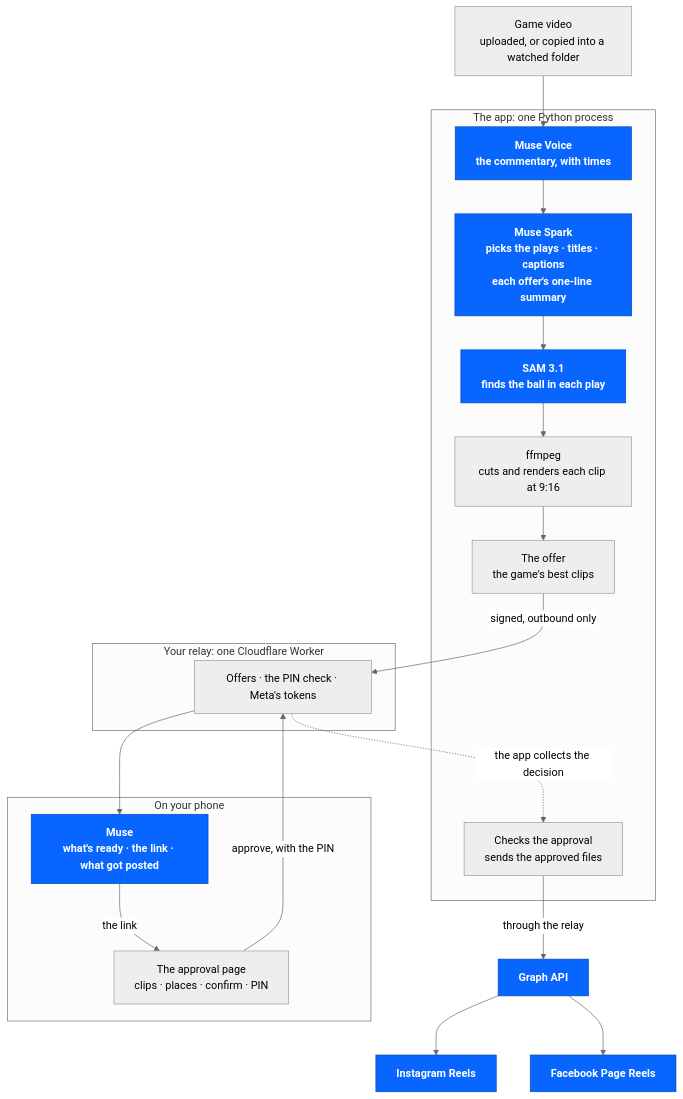
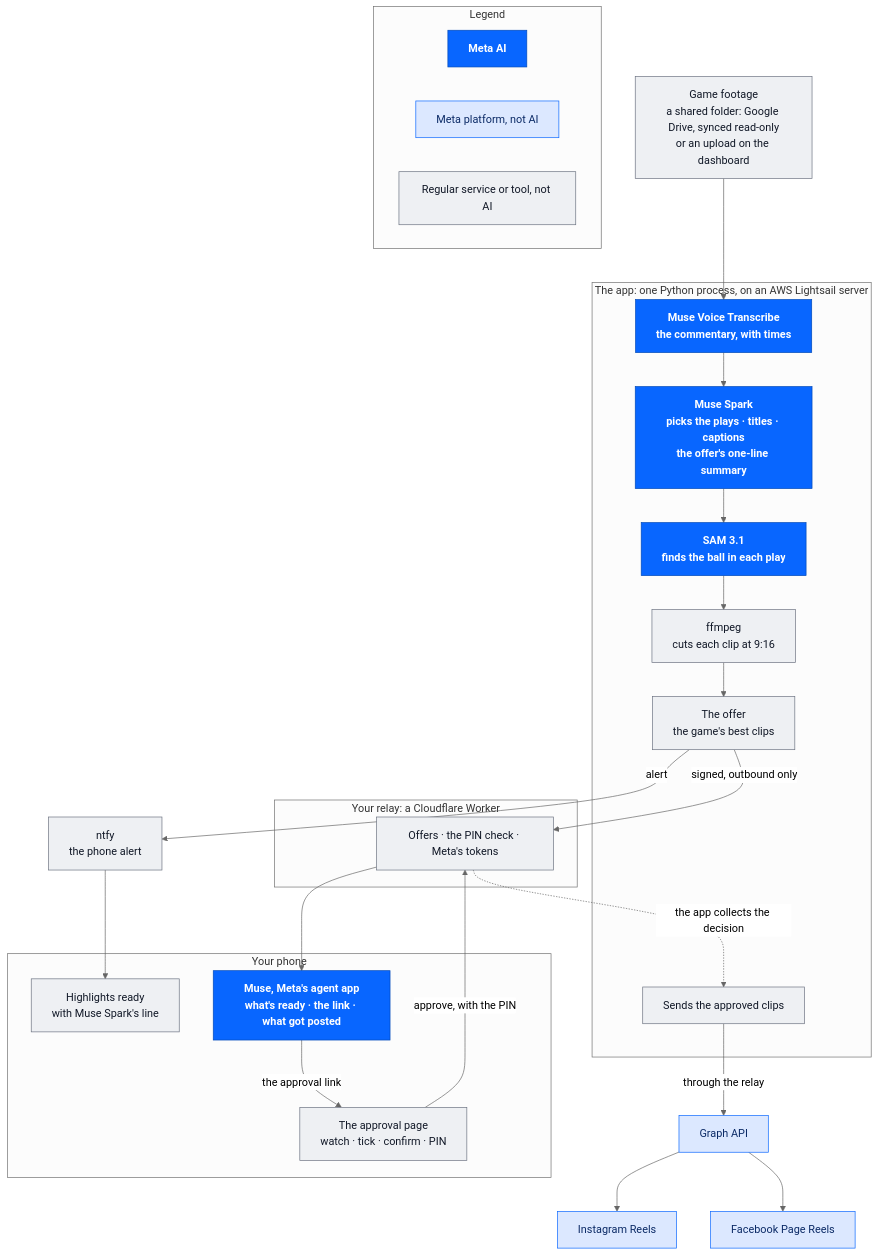
Before and after one commit to ColinGPT9/clips-kitty-gameday: the diagram in README.md, drawn with Mermaid (neutral theme). The commit also changed other lines of this file and 1 other file, not shown here.

First line of the commit message:
Make the README the submission page: the demo GIF, the story, the rubric, the new diagram

````diff
--- a/README.md
+++ b/README.md
@@ -65,33 +138,51 @@
 ```mermaid
 flowchart TD
-    F["Game video<br/>uploaded, or copied into a watched folder"]
-    subgraph APP["The app: one Python process"]
-        V["Muse Voice<br/>the commentary, with times"]
-        S["Muse Spark<br/>picks the plays · titles · captions<br/>each offer's one-line summary"]
-        M["SAM 3.1<br/>finds the ball in each play"]
-        R["ffmpeg<br/>cuts and renders each clip at 9:16"]
-        O["The offer<br/>the game's best clips"]
-        C["Checks the approval<br/>sends the approved files"]
+    subgraph LEGEND["Legend"]
+        direction LR
+        L1["Meta AI"]:::metaai
+        L2["Meta platform, not AI"]:::metaplat
+        L3["Regular service or tool, not AI"]:::regular
     end
-    subgraph RL["Your relay: one Cloudflare Worker"]
-        Q["Offers · the PIN check · Meta's tokens"]
+
+    IN["Game footage<br/>a shared folder: Google Drive, synced read-only<br/>or an upload on the dashboard"]:::regular
+
+    subgraph APP["The app: one Python process, on an AWS Lightsail server"]
+        V["Muse Voice Transcribe<br/>the commentary, with times"]:::metaai
+        S["Muse Spark<br/>picks the plays · titles · captions<br/>the offer's one-line summary"]:::metaai
+        M["SAM 3.1<br/>finds the ball in each play"]:::metaai
+        R["ffmpeg<br/>cuts each clip at 9:16"]:::regular
+        O["The offer<br/>the game's best clips"]:::regular
+        C["Sends the approved clips"]:::regular
     end
-    subgraph PH["On your phone"]
-        MU["Muse<br/>what's ready · the link · what got posted"]
-        AP["The approval page<br/>clips · places · confirm · PIN"]
+
+    N["ntfy<br/>the phone alert"]:::regular
+
+    subgraph RELAY["Your relay: a Cloudflare Worker"]
+        Q["Offers · the PIN check · Meta's tokens"]:::regular
     end
-    G["Graph API"]
-    IG["Instagram Reels"]
-    FB["Facebook Page Reels"]
-    F --> V --> S --> M --> R --> O
-    O -->|signed, outbound only| Q
+
+    subgraph PHONE["Your phone"]
+        AL["Highlights ready<br/>with Muse Spark's line"]:::regular
+        MU["Muse, Meta's agent app<br/>what's ready · the link · what got posted"]:::metaai
+        AP["The approval page<br/>watch · tick · confirm · PIN"]:::regular
+    end
+
+    G["Graph API"]:::metaplat
+    IG["Instagram Reels"]:::metaplat
+    FB["Facebook Page Reels"]:::metaplat
+
+    IN --> V --> S --> M --> R --> O
+    O -->|"alert"| N --> AL
+    O -->|"signed, outbound only"| Q
     Q --> MU
-    MU -->|the link| AP
-    AP -->|approve, with the PIN| Q
-    Q -.->|the app collects the decision| C
-    C -->|through the relay| G
+    MU -->|"the approval link"| AP
+    AP -->|"approve, with the PIN"| Q
+    Q -.->|"the app collects the decision"| C
+    C -->|"through the relay"| G
     G --> IG
     G --> FB
-    classDef meta fill:#0866FF,stroke:#0049B7,color:#ffffff,font-weight:bold
-    class V,S,M,MU,G,IG,FB meta
+
+    classDef metaai fill:#0866FF,stroke:#0049B7,color:#ffffff,font-weight:bold
+    classDef metaplat fill:#DCE8FF,stroke:#0866FF,color:#0B2A66
+    classDef regular fill:#EEF0F3,stroke:#6B7280,color:#111827
 ```
````
